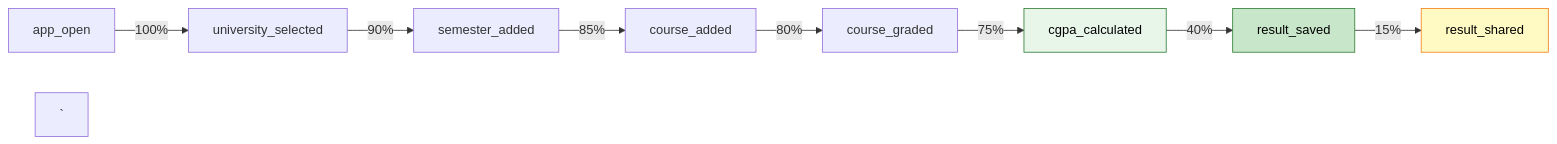
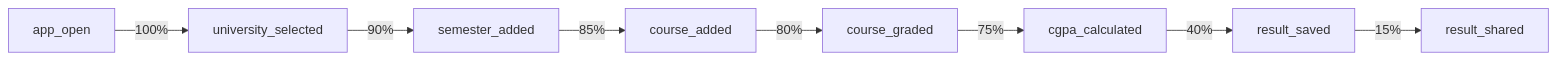
One commit to Savior-Systems/Savior-Systems-Android-Projects changed the diagram in 02. BD Varsity CGPA Pro/12.LOGGING-ANALYTICS.md. Above: the diagram before and after it, drawn with Mermaid. The commit also changed other lines of this file and 452 other files, not shown here.

````diff
--- a/02. BD Varsity CGPA Pro/12.LOGGING-ANALYTICS.md
+++ b/02. BD Varsity CGPA Pro/12.LOGGING-ANALYTICS.md
@@ -99,14 +99,10 @@
 ```mermaid
 graph LR
     A["app_open"] -->|100%| B["university_selected"]
     B -->|90%| C["semester_added"]
     C -->|85%| D["course_added"]
     D -->|80%| E["course_graded"]
     E -->|75%| F["cgpa_calculated"]
     F -->|40%| G["result_saved"]
     G -->|15%| H["result_shared"]
-`
-    style F fill:#E8F5E9,stroke:#2E7D32,color:#000
-    style G fill:#C8E6C9,stroke:#2E7D32,color:#000
-    style H fill:#FFF9C4,stroke:#F57F17,color:#000
 ```
````
